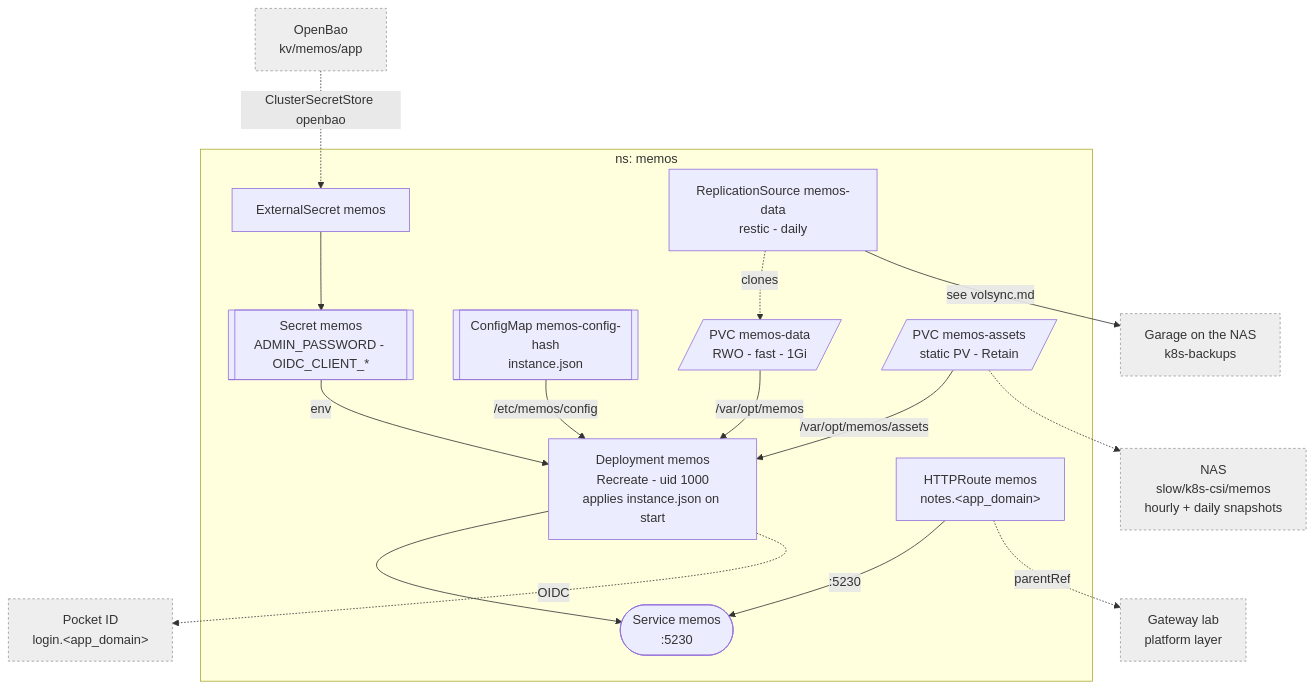
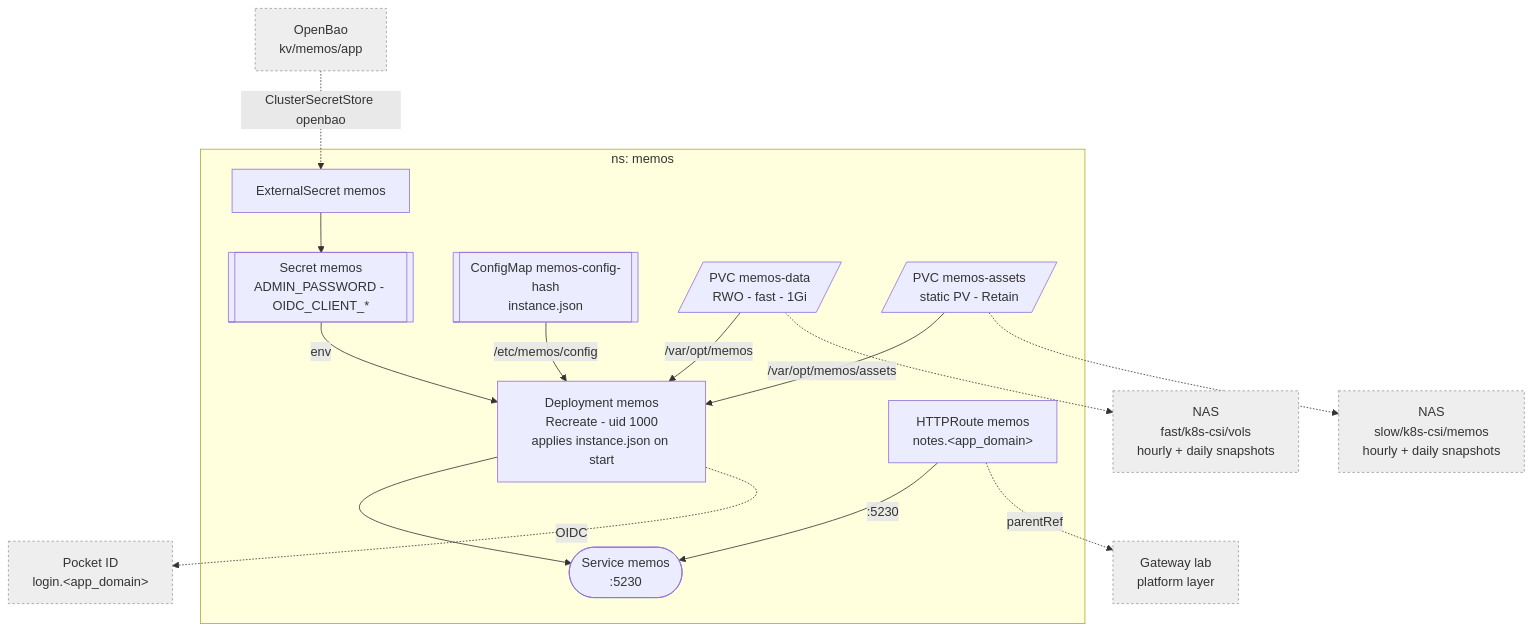
One commit to Sojamann/homelab-apps changed the diagram in docs/memos.md. Above: the diagram before and after it, drawn with Mermaid. The commit also changed other lines of this file and 38 other files, not shown here.

Commit message:
feat(backups): replace VolSync with NAS ZFS snapshots and replication

````diff
--- a/docs/memos.md
+++ b/docs/memos.md
@@ -6,25 +6,24 @@
 ```mermaid
 graph TD
   subgraph mm["ns: memos"]
     ES["ExternalSecret memos"] --> SEC[["Secret memos<br/>ADMIN_PASSWORD - OIDC_CLIENT_*"]]
     CM[["ConfigMap memos-config-hash<br/>instance.json"]]
     SRV["Deployment memos<br/>Recreate - uid 1000<br/>applies instance.json on start"]
     SVC(["Service memos<br/>:5230"])
     SRV --> SVC
     SEC -->|env| SRV
     CM -->|/etc/memos/config| SRV
     DATA[/"PVC memos-data<br/>RWO - fast - 1Gi"/] -->|/var/opt/memos| SRV
     ASSETS[/"PVC memos-assets<br/>static PV - Retain"/] -->|/var/opt/memos/assets| SRV
-    RS["ReplicationSource memos-data<br/>restic - daily"] -.->|clones| DATA
     HR["HTTPRoute memos<br/>notes.&lt;app_domain&gt;"] -->|:5230| SVC
   end
 
   HR -.->|parentRef| GW["Gateway lab<br/>platform layer"]
   BAO["OpenBao<br/>kv/memos/app"] -.->|ClusterSecretStore openbao| ES
   SRV -.->|OIDC| PID["Pocket ID<br/>login.&lt;app_domain&gt;"]
   ASSETS -.-> NAS["NAS<br/>slow/k8s-csi/memos<br/>hourly + daily snapshots"]
-  RS -->|see volsync.md| GA["Garage on the NAS<br/>k8s-backups"]
+  DATA -.-> SNAP["NAS<br/>fast/k8s-csi/vols<br/>hourly + daily snapshots"]
 
   classDef ext fill:#eee,stroke:#999,stroke-dasharray:3 3;
-  class GW,BAO,PID,NAS,GA ext;
+  class GW,BAO,PID,NAS,SNAP ext;
 ```
````
